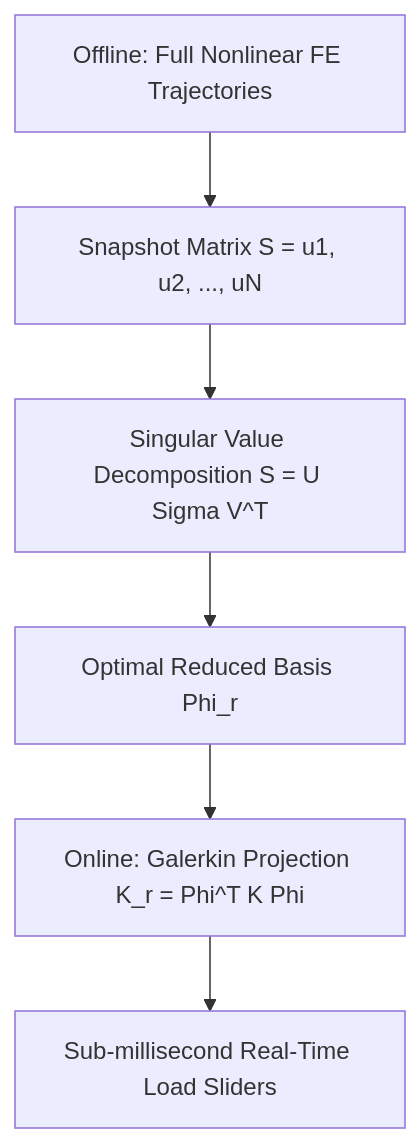
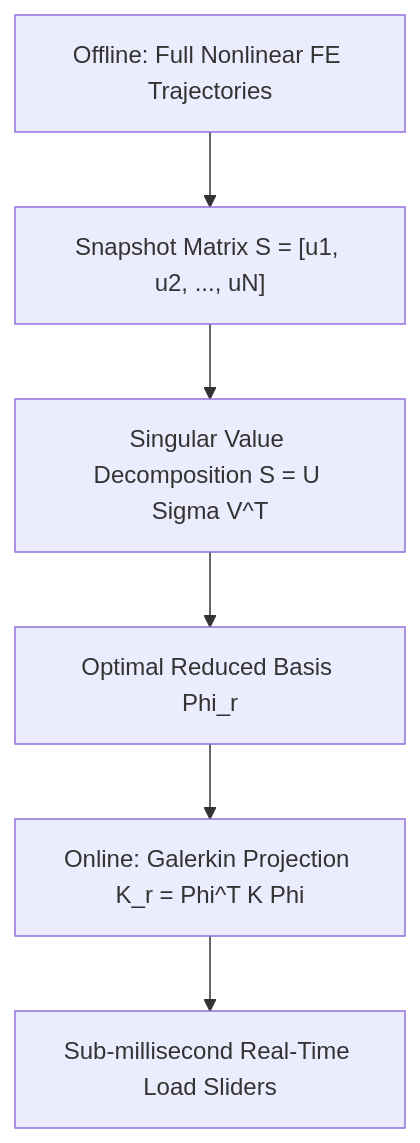
The fifth of 5 diagrams in README.md (10tan/nonlinear-fea-studio), drawn with Mermaid before and after one commit. The commit also changed other lines of this file, not shown here.

Commit message:
fix(docs): quote Mermaid node labels and format display math with blank lines

````diff
--- a/README.md
+++ b/README.md
@@ -527,8 +536,8 @@
 ```mermaid
 graph TD
-    A[Offline: Full Nonlinear FE Trajectories] --> B[Snapshot Matrix S = u1, u2, ..., uN]
-    B --> C[Singular Value Decomposition S = U Sigma V^T]
-    C --> D[Optimal Reduced Basis Phi_r]
-    D --> E[Online: Galerkin Projection K_r = Phi^T K Phi]
-    E --> F[Sub-millisecond Real-Time Load Sliders]
+    A["Offline: Full Nonlinear FE Trajectories"] --> B["Snapshot Matrix S = [u1, u2, ..., uN]"]
+    B --> C["Singular Value Decomposition S = U Sigma V^T"]
+    C --> D["Optimal Reduced Basis Phi_r"]
+    D --> E["Online: Galerkin Projection K_r = Phi^T K Phi"]
+    E --> F["Sub-millisecond Real-Time Load Sliders"]
 ```
````
